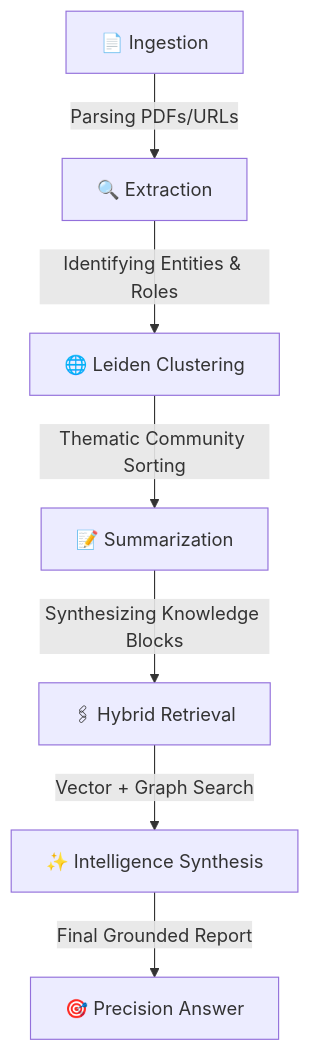
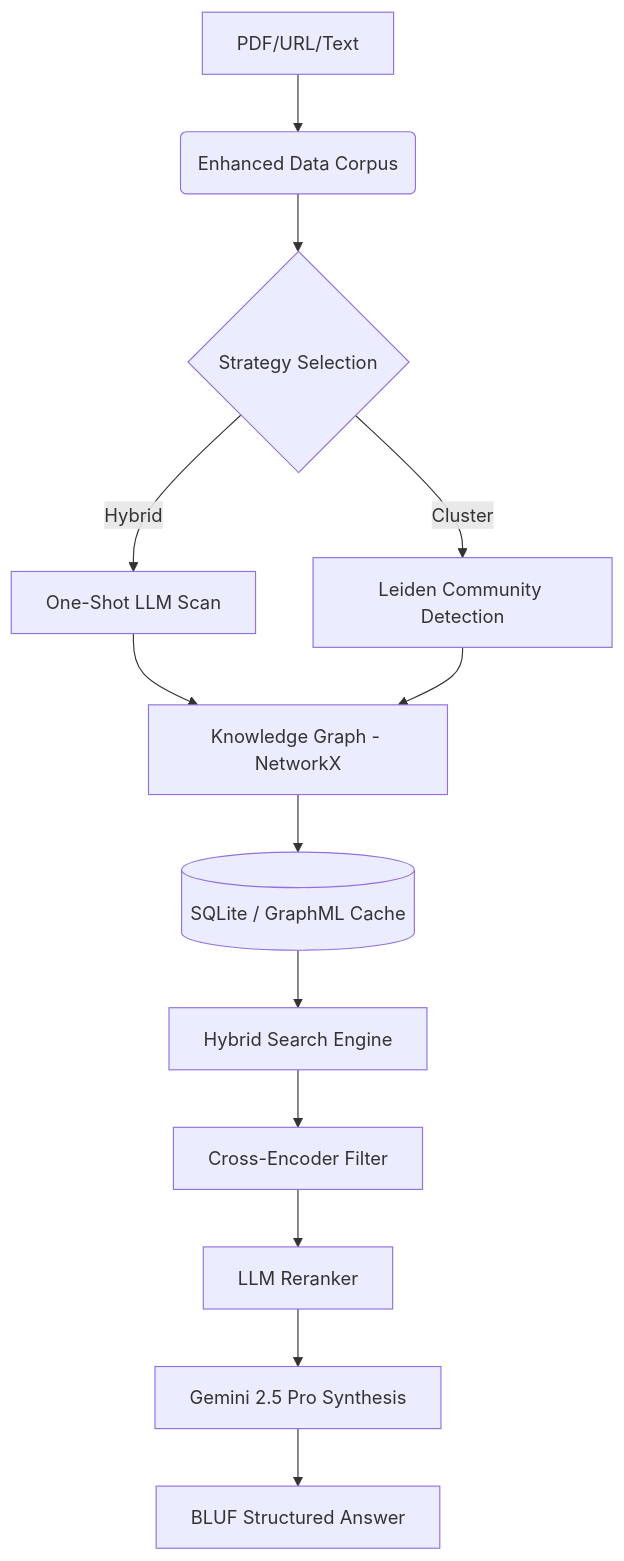
One commit to IND-Anshuman/Nsure_graph_AI changed the diagram in README.md. Above: the diagram before and after it, drawn with Mermaid. The commit also changed other lines of this file, not shown here.

````diff
--- a/README.md
+++ b/README.md
@@ -36,9 +159,14 @@
 ```mermaid
 graph TD
-    A[📄 Ingestion] -->|Parsing PDFs/URLs| B[🔍 Extraction]
-    B -->|Identifying Entities & Roles| C[🌐 Leiden Clustering]
-    C -->|Thematic Community Sorting| D[📝 Summarization]
-    D -->|Synthesizing Knowledge Blocks| E[🖇 Hybrid Retrieval]
-    E -->|Vector + Graph Search| F[✨ Intelligence Synthesis]
-    F -->|Final Grounded Report| G[🎯 Precision Answer]
+    A[PDF/URL/Text] --> B(Enhanced Data Corpus)
+    B --> C{Strategy Selection}
+    C -->|Hybrid| D[One-Shot LLM Scan]
+    C -->|Cluster| E[Leiden Community Detection]
+    D & E --> F[Knowledge Graph - NetworkX]
+    F --> G[(SQLite / GraphML Cache)]
+    G --> H[Hybrid Search Engine]
+    H --> I[Cross-Encoder Filter]
+    I --> J[LLM Reranker]
+    J --> K[Gemini 2.5 Pro Synthesis]
+    K --> L[BLUF Structured Answer]
 ```
````
